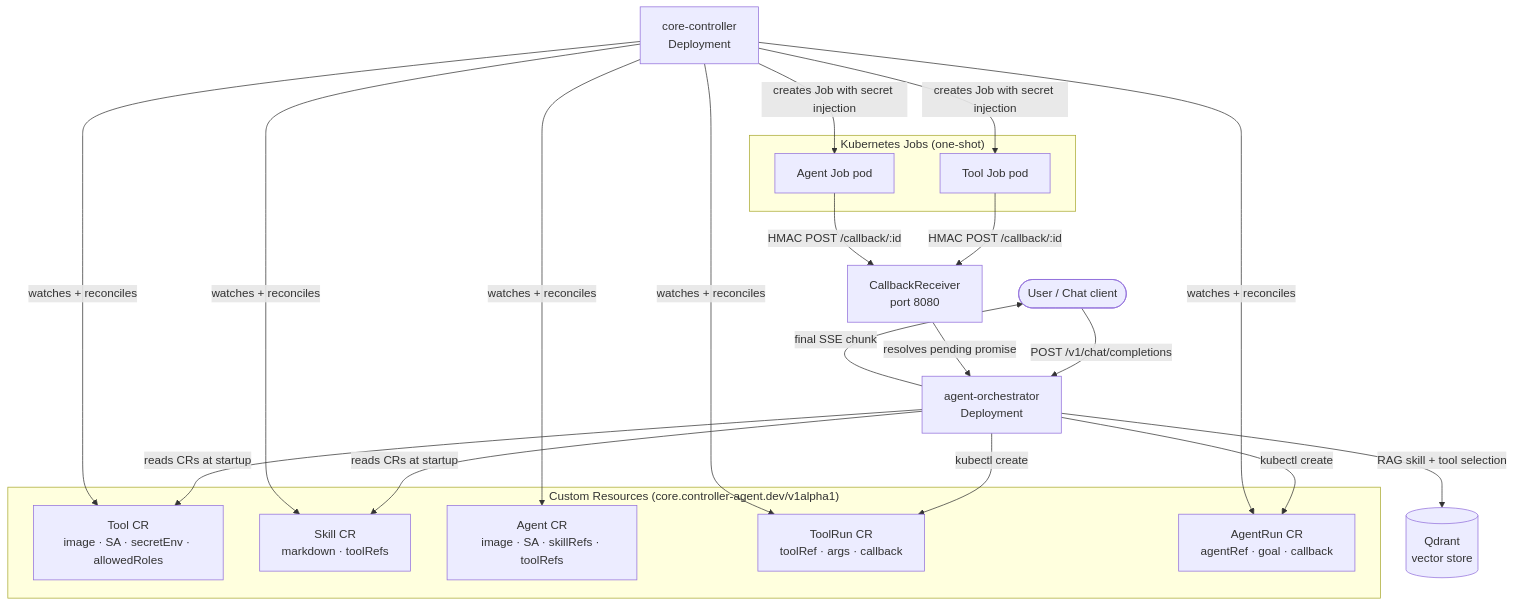
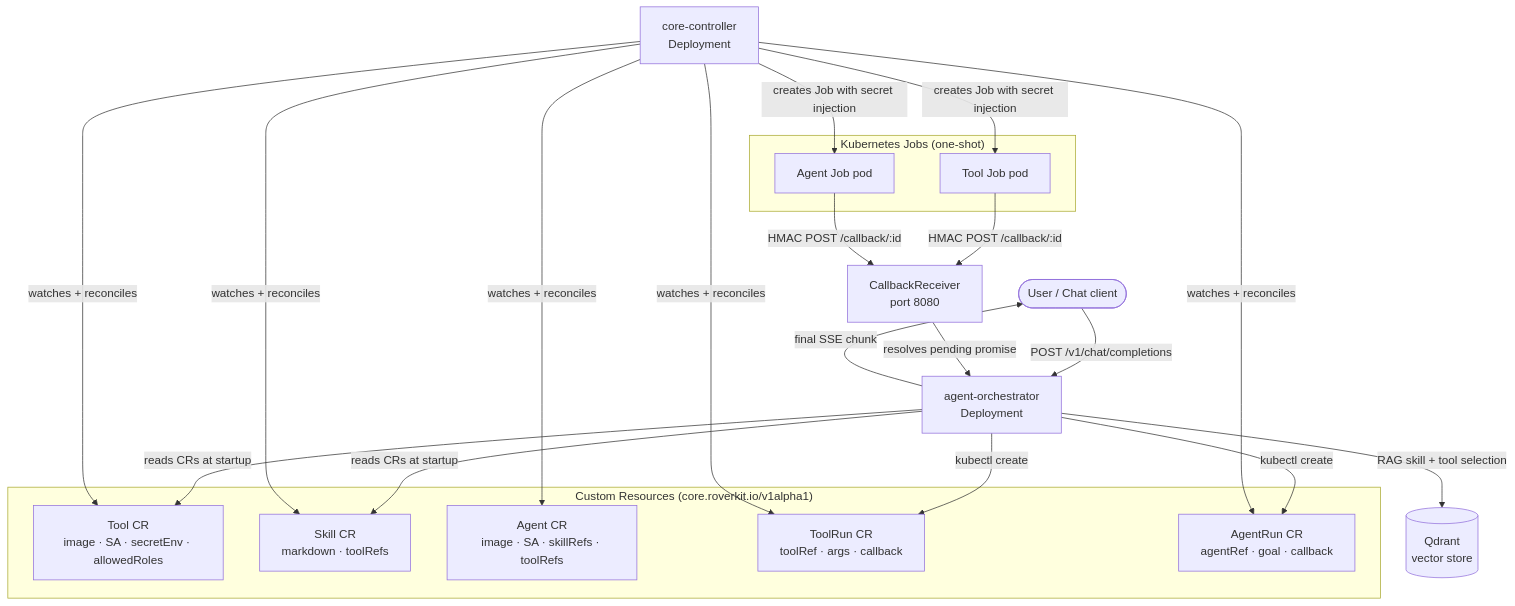
Before and after one commit to imaustink/agent-controller: the diagram in README.md, drawn with Mermaid. The commit also changed other lines of this file and 393 other files, not shown here.

````diff
--- a/README.md
+++ b/README.md
@@ -39,32 +39,32 @@
 ```mermaid
 graph TD
     User([User / Chat client])
     Orchestrator[agent-orchestrator\nDeployment]
     Controller[core-controller\nDeployment]
 
-    subgraph CRDs["Custom Resources (core.controller-agent.dev/v1alpha1)"]
+    subgraph CRDs["Custom Resources (core.roverkit.io/v1alpha1)"]
         ToolCR[Tool CR\nimage · SA · secretEnv · allowedRoles]
         SkillCR[Skill CR\nmarkdown · toolRefs]
         AgentCR[Agent CR\nimage · SA · skillRefs · toolRefs]
         ToolRunCR[ToolRun CR\ntoolRef · args · callback]
         AgentRunCR[AgentRun CR\nagentRef · goal · callback]
     end
 
     subgraph Jobs["Kubernetes Jobs (one-shot)"]
         ToolJob[Tool Job pod]
         AgentJob[Agent Job pod]
     end
 
     CallbackSrv[CallbackReceiver\nport 8080]
     Qdrant[(Qdrant\nvector store)]
 
     User -->|POST /v1/chat/completions| Orchestrator
     Orchestrator -->|RAG skill + tool selection| Qdrant
     Orchestrator -->|reads CRs at startup| ToolCR & SkillCR
     Orchestrator -->|kubectl create| ToolRunCR & AgentRunCR
     Controller -->|watches + reconciles| ToolRunCR & AgentRunCR & ToolCR & SkillCR & AgentCR
     Controller -->|creates Job with secret injection| ToolJob & AgentJob
     ToolJob & AgentJob -->|HMAC POST /callback/:id| CallbackSrv
     CallbackSrv -->|resolves pending promise| Orchestrator
     Orchestrator -->|final SSE chunk| User
 ```
````
